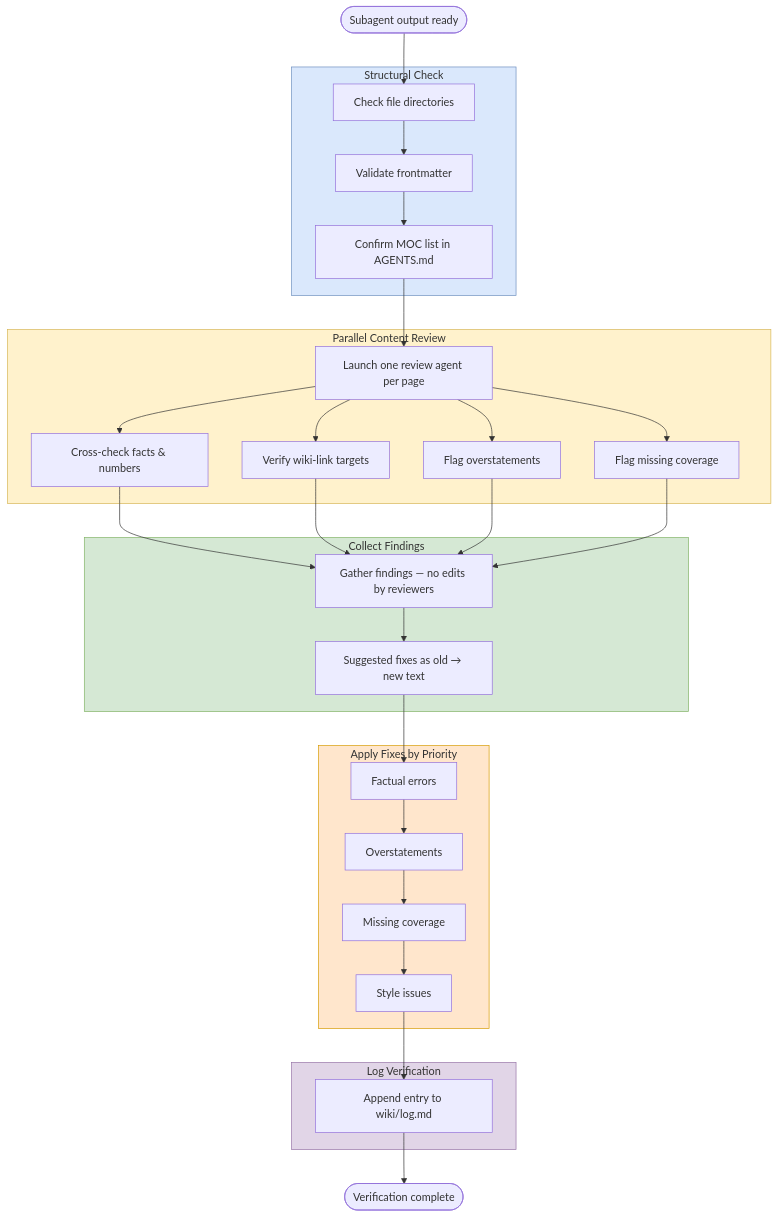
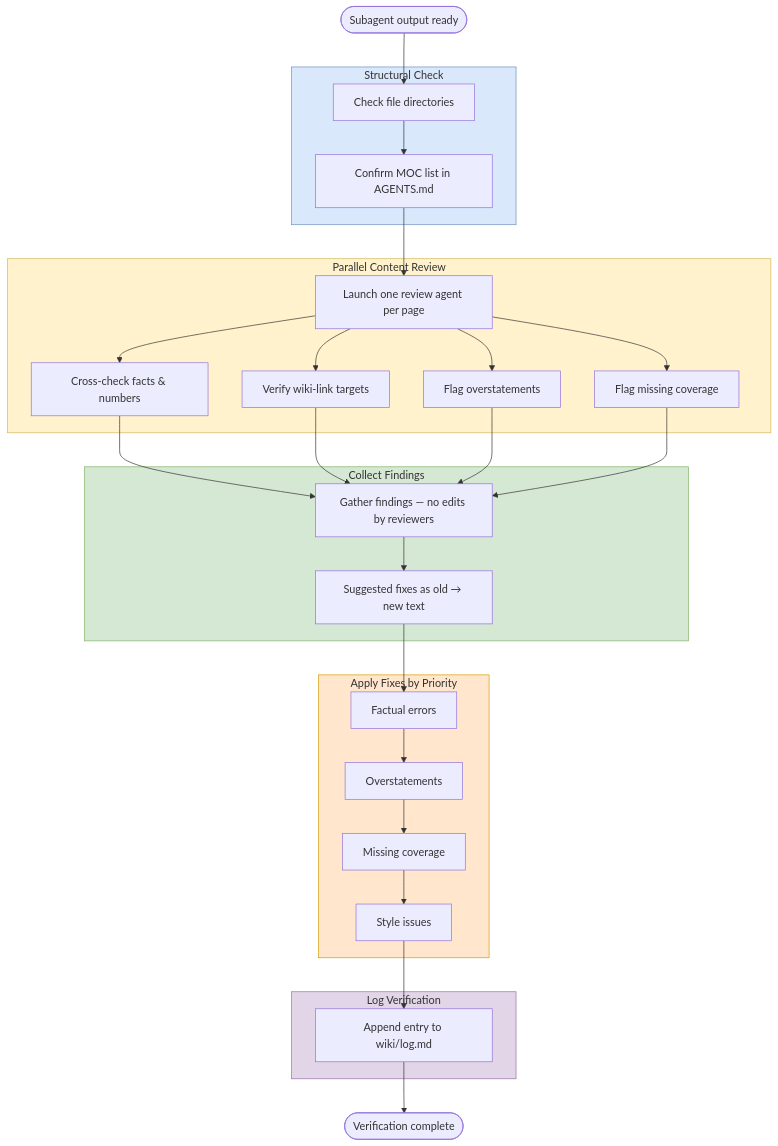
One commit to CompleteTech-LLC-AI-Research/beyond-the-token-bottleneck changed the diagram in workflows/audit/verification.md. Above: the diagram before and after it, drawn with Mermaid. The commit also changed other lines of this file and 6 other files, not shown here.

````diff
--- a/workflows/audit/verification.md
+++ b/workflows/audit/verification.md
@@ -3,50 +3,49 @@
 ```mermaid
 graph TD
     Start([Subagent output ready]) --> S1
 
     subgraph Structural ["Structural Check"]
         S1[Check file directories]
-        S2[Validate frontmatter]
-S3[Confirm MOC list in AGENTS.md]
-        S1 --> S2 --> S3
+S2[Confirm MOC list in AGENTS.md]
+        S1 --> S2
     end
     style Structural fill:#dae8fc,stroke:#6c8ebf
 
-    S3 --> P
+    S2 --> P
 
     subgraph Parallel ["Parallel Content Review"]
         P[Launch one review agent per page]
         P --> R1[Cross-check facts & numbers]
         P --> R2[Verify wiki-link targets]
         P --> R3[Flag overstatements]
         P --> R4[Flag missing coverage]
     end
     style Parallel fill:#fff2cc,stroke:#d6b656
 
     R1 & R2 & R3 & R4 --> C
 
     subgraph Collect ["Collect Findings"]
         C[Gather findings — no edits by reviewers]
         C --> D[Suggested fixes as old → new text]
     end
     style Collect fill:#d5e8d4,stroke:#82b366
 
     D --> F1
 
     subgraph Fix ["Apply Fixes by Priority"]
         F1[Factual errors]
         F1 --> F2[Overstatements]
         F2 --> F3[Missing coverage]
         F3 --> F4[Style issues]
     end
     style Fix fill:#ffe6cc,stroke:#d79b00
 
     F4 --> L
 
     subgraph Log ["Log Verification"]
         L[Append entry to wiki/log.md]
     end
     style Log fill:#e1d5e7,stroke:#9673a6
 
     L --> Done([Verification complete])
 ```
````
